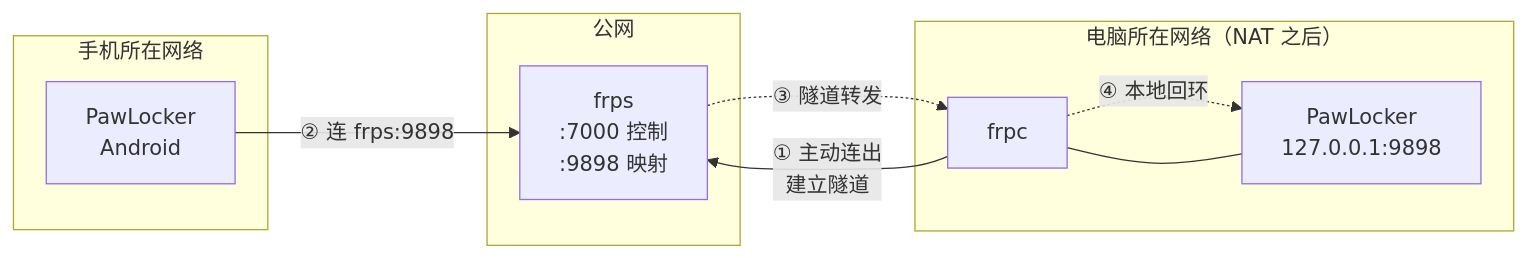
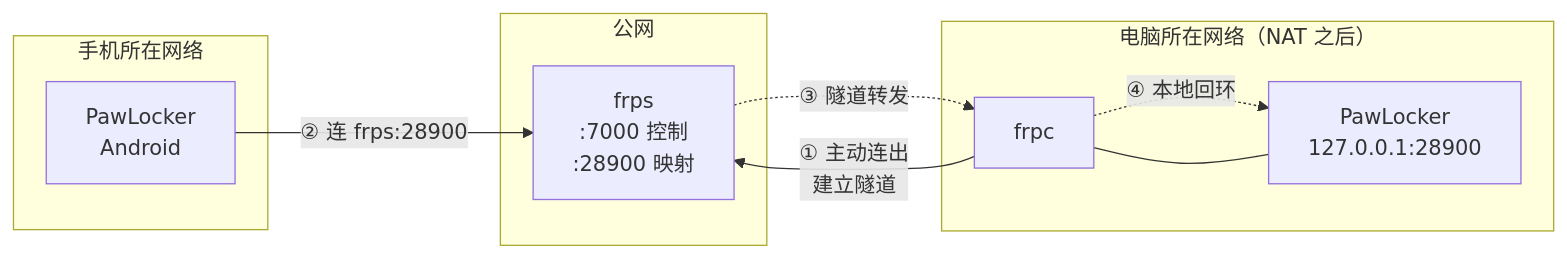
One commit to TiG-Kira/PawLocker changed the first of 3 diagrams in docs/03-tunnel-and-ports.md. Above: the diagram before and after it, drawn with Mermaid. The commit also changed other lines of this file and 20 other files, not shown here.

````diff
--- a/docs/03-tunnel-and-ports.md
+++ b/docs/03-tunnel-and-ports.md
@@ -51,21 +74,21 @@
 ```mermaid
 flowchart LR
     subgraph 公网
-        FRPS["frps<br/>:7000 控制<br/>:9898 映射"]
+        FRPS["frps<br/>:7000 控制<br/>:28900 映射"]
     end
 
     subgraph 家庭网络["电脑所在网络（NAT 之后）"]
-        PC["PawLocker<br/>127.0.0.1:9898"]
+        PC["PawLocker<br/>127.0.0.1:28900"]
         FRPC["frpc"]
     end
 
     subgraph 移动网络["手机所在网络"]
         PHONE["PawLocker<br/>Android"]
     end
 
     FRPC -- "① 主动连出<br/>建立隧道" --> FRPS
     PC --- FRPC
-    PHONE -- "② 连 frps:9898" --> FRPS
+    PHONE -- "② 连 frps:28900" --> FRPS
     FRPS -. "③ 隧道转发" .-> FRPC
     FRPC -. "④ 本地回环" .-> PC
 ```
````
